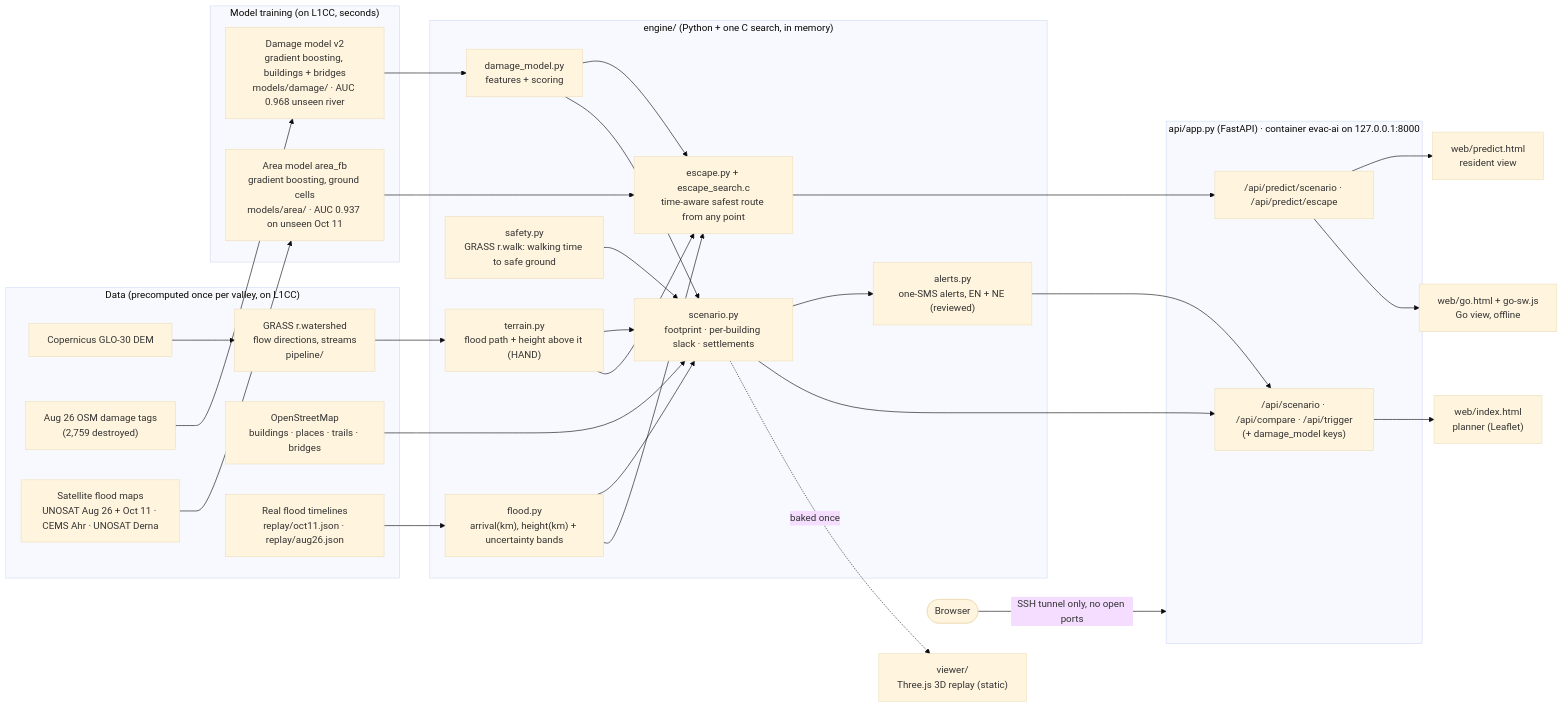
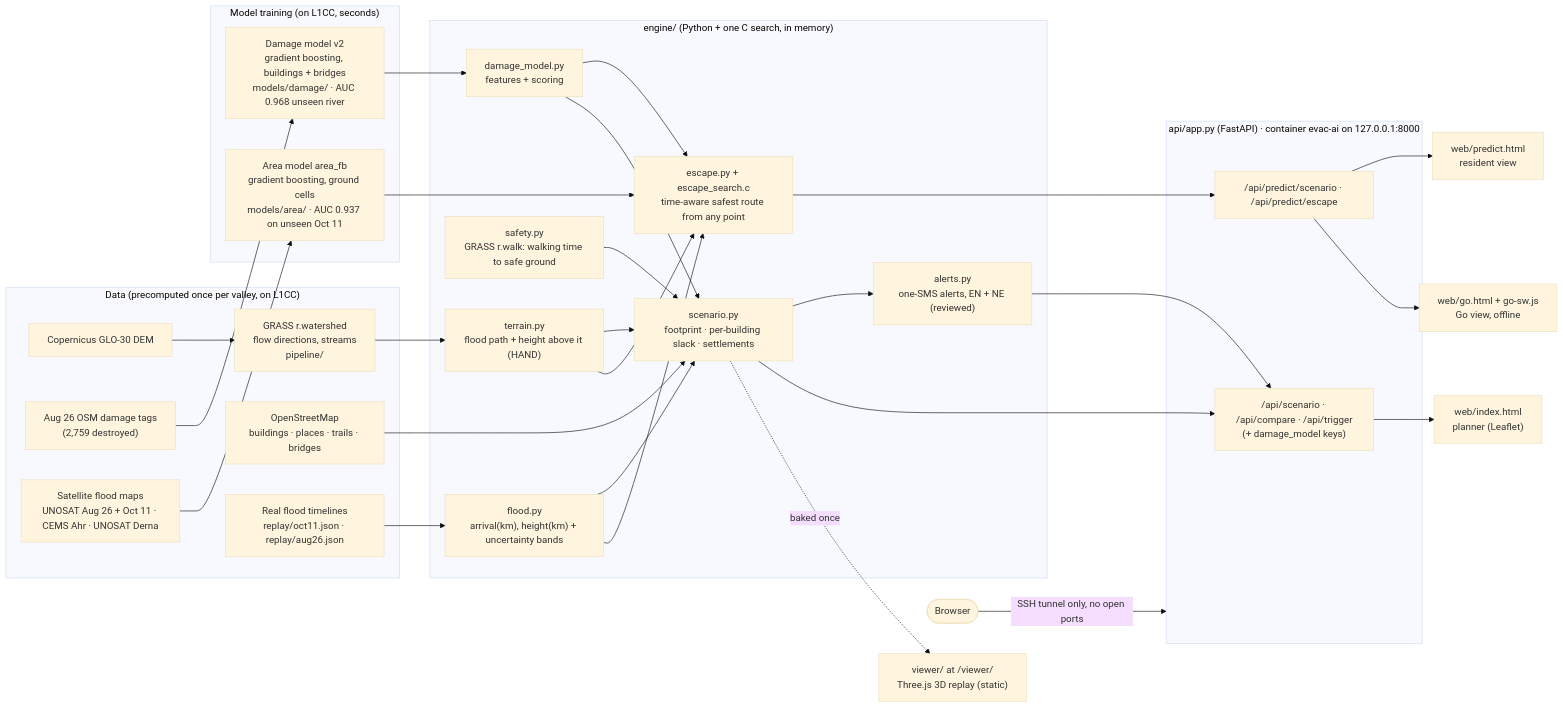
One commit to larubiano0/evac-ai changed the second of 2 diagrams in docs/architecture.md. Above: the diagram before and after it, drawn with Mermaid (base theme). The commit also changed 34 other files, not shown here.

````diff
--- a/docs/architecture.md
+++ b/docs/architecture.md
@@ -40,55 +40,55 @@
 ```mermaid
 flowchart LR
   subgraph DATA["Data (precomputed once per valley, on L1CC)"]
     DEM["Copernicus GLO-30 DEM"] --> GR["GRASS r.watershed<br/>flow directions, streams<br/>pipeline/"]
     OSM["OpenStreetMap<br/>buildings · places · trails · bridges"]
     DMG["Aug 26 OSM damage tags<br/>(2,759 destroyed)"]
     SAT["Satellite flood maps<br/>UNOSAT Aug 26 + Oct 11 · CEMS Ahr · UNOSAT Derna"]
     REPL["Real flood timelines<br/>replay/oct11.json · replay/aug26.json"]
   end
 
   subgraph TRAIN["Model training (on L1CC, seconds)"]
     DMOD["Damage model v2<br/>gradient boosting, buildings + bridges<br/>models/damage/ · AUC 0.968 unseen river"]
     AMOD["Area model area_fb<br/>gradient boosting, ground cells<br/>models/area/ · AUC 0.937 on unseen Oct 11"]
   end
   DMG --> DMOD
   SAT --> AMOD
 
   subgraph ENGINE["engine/ (Python + one C search, in memory)"]
     TER["terrain.py<br/>flood path + height above it (HAND)"]
     FLD["flood.py<br/>arrival(km), height(km) + uncertainty bands"]
     SCN["scenario.py<br/>footprint · per-building slack · settlements"]
     SAF["safety.py<br/>GRASS r.walk: walking time to safe ground"]
     ALR["alerts.py<br/>one-SMS alerts, EN + NE (reviewed)"]
     DM["damage_model.py<br/>features + scoring"]
     ESC["escape.py + escape_search.c<br/>time-aware safest route from any point"]
   end
   GR --> TER
   REPL --> FLD
   OSM --> SCN
   TER --> SCN
   FLD --> SCN
   SAF --> SCN
   SCN --> ALR
   DMOD --> DM
   AMOD --> ESC
   DM --> ESC
   TER --> ESC
   FLD --> ESC
   DM --> SCN
 
   subgraph API["api/app.py (FastAPI) · container evac-ai on 127.0.0.1:8000"]
     A1["/api/scenario · /api/compare · /api/trigger<br/>(+ damage_model keys)"]
     A2["/api/predict/scenario · /api/predict/escape"]
   end
   SCN --> A1
   ALR --> A1
   ESC --> A2
 
   A1 --> UI1["web/index.html<br/>planner (Leaflet)"]
   A2 --> UI2["web/predict.html<br/>resident view"]
   A2 --> UI4["web/go.html + go-sw.js<br/>Go view, offline"]
-  SCN -. baked once .-> UI3["viewer/<br/>Three.js 3D replay (static)"]
+  SCN -. baked once .-> UI3["viewer/ at /viewer/<br/>Three.js 3D replay (static)"]
 
   USER(["Browser"]) -->|SSH tunnel only, no open ports| API
 ```
````
